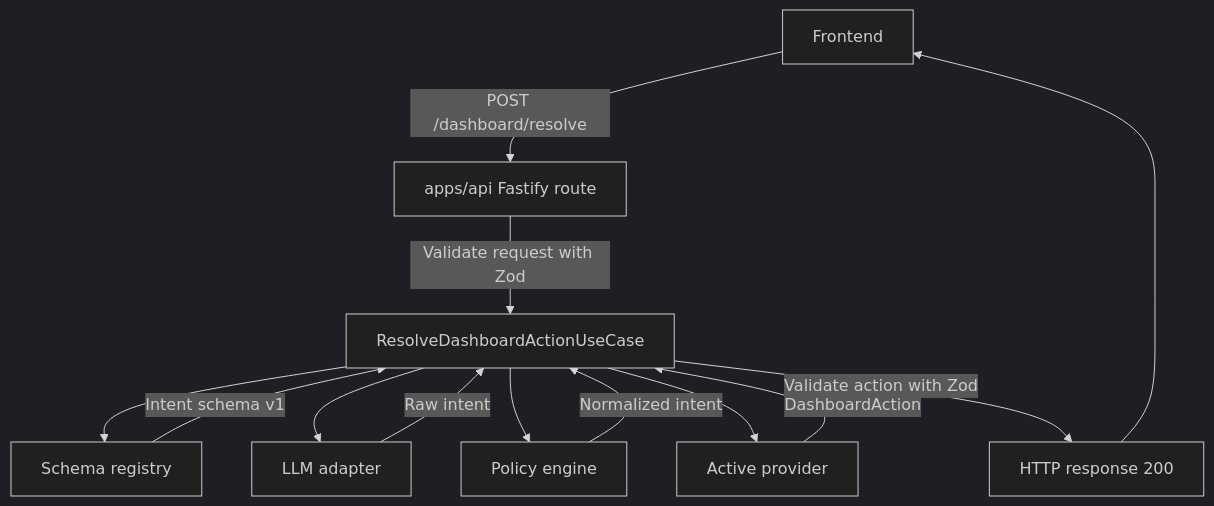
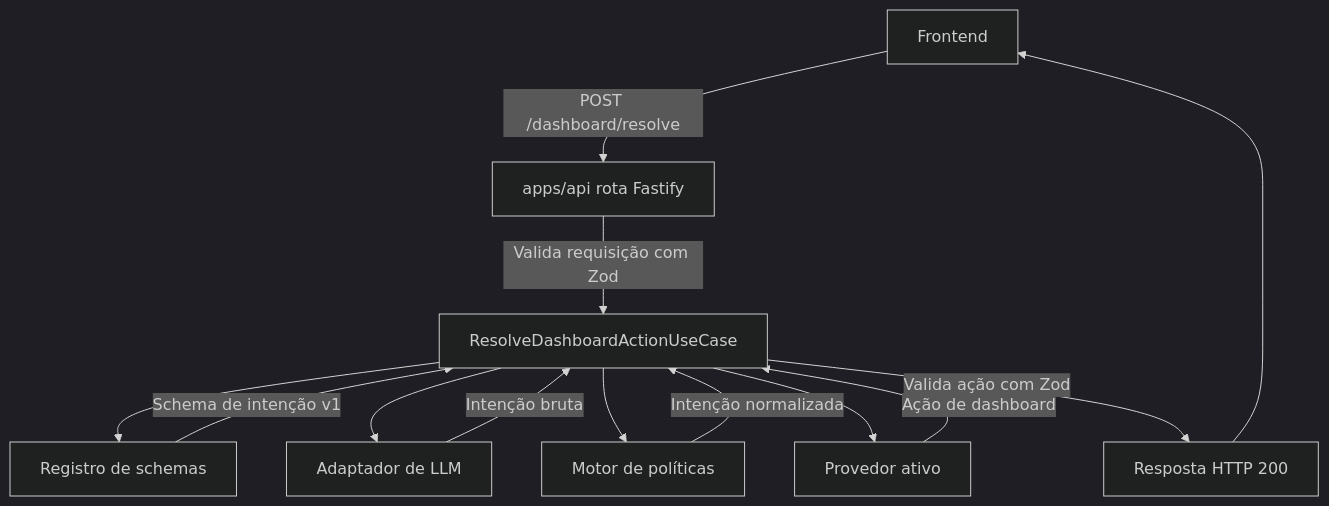
Before and after one commit to fernandesyuri33/chat-observatorio-turismo: the first of 8 diagrams in docs/arquitetura.md, drawn with Mermaid (dark theme). The commit also changed other lines of this file and 1 other file, not shown here.

````diff
--- a/docs/arquitetura.md
+++ b/docs/arquitetura.md
@@ -7,20 +7,20 @@
 ```mermaid
 flowchart TD
-  FE[Frontend] -->|POST /dashboard/resolve| API[apps/api Fastify route]
+  FE[Frontend] -->|POST /dashboard/resolve| API[apps/api rota Fastify]
 
-  API -->|Validate request with Zod| UC[ResolveDashboardActionUseCase]
+  API -->|Valida requisição com Zod| UC[ResolveDashboardActionUseCase]
 
-  UC --> REG[Schema registry]
-  UC --> LLM[LLM adapter]
-  UC --> POL[Policy engine]
-  UC --> PROV[Active provider]
+  UC --> REG[Registro de schemas]
+  UC --> LLM[Adaptador de LLM]
+  UC --> POL[Motor de políticas]
+  UC --> PROV[Provedor ativo]
 
-  LLM -->|Raw intent| UC
-  REG -->|Intent schema v1| UC
-  POL -->|Normalized intent| UC
-  PROV -->|DashboardAction| UC
+  LLM -->|Intenção bruta| UC
+  REG -->|Schema de intenção v1| UC
+  POL -->|Intenção normalizada| UC
+  PROV -->|Ação de dashboard| UC
 
-  UC -->|Validate action with Zod| RES[HTTP response 200]
+  UC -->|Valida ação com Zod| RES[Resposta HTTP 200]
   RES --> FE
 
 ```
````
